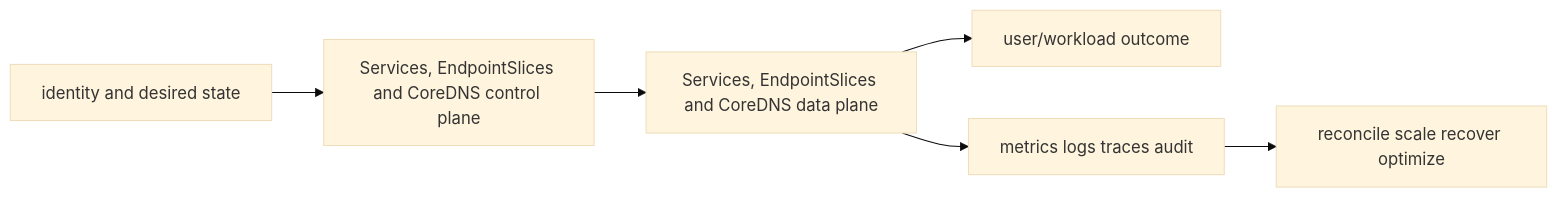
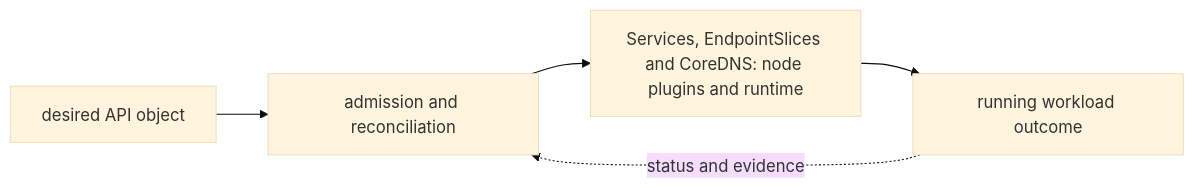
Before and after one commit to tomkidumbuyo/DevOps-interview-preparation: the diagram in 06-kubernetes/03-networking/01-services-endpoints-dns/README.md, drawn with Mermaid (base theme). The commit also changed other lines of this file and 753 other files, not shown here.

````diff
--- a/06-kubernetes/03-networking/01-services-endpoints-dns/README.md
+++ b/06-kubernetes/03-networking/01-services-endpoints-dns/README.md
@@ -19,8 +31,7 @@
 ```mermaid
 flowchart LR
-  I[identity and desired state] --> C[Services, EndpointSlices and CoreDNS control plane]
-  C --> D[Services, EndpointSlices and CoreDNS data plane]
-  D --> U[user/workload outcome]
-  D --> O[metrics logs traces audit]
-  O --> R[reconcile scale recover optimize]
+  A["desired API object"] --> B["admission and reconciliation"]
+  B --> C["Services, EndpointSlices and CoreDNS: node plugins and runtime"]
+  C --> D["running workload outcome"]
+  D -. "status and evidence" .-> B
 ```
````
